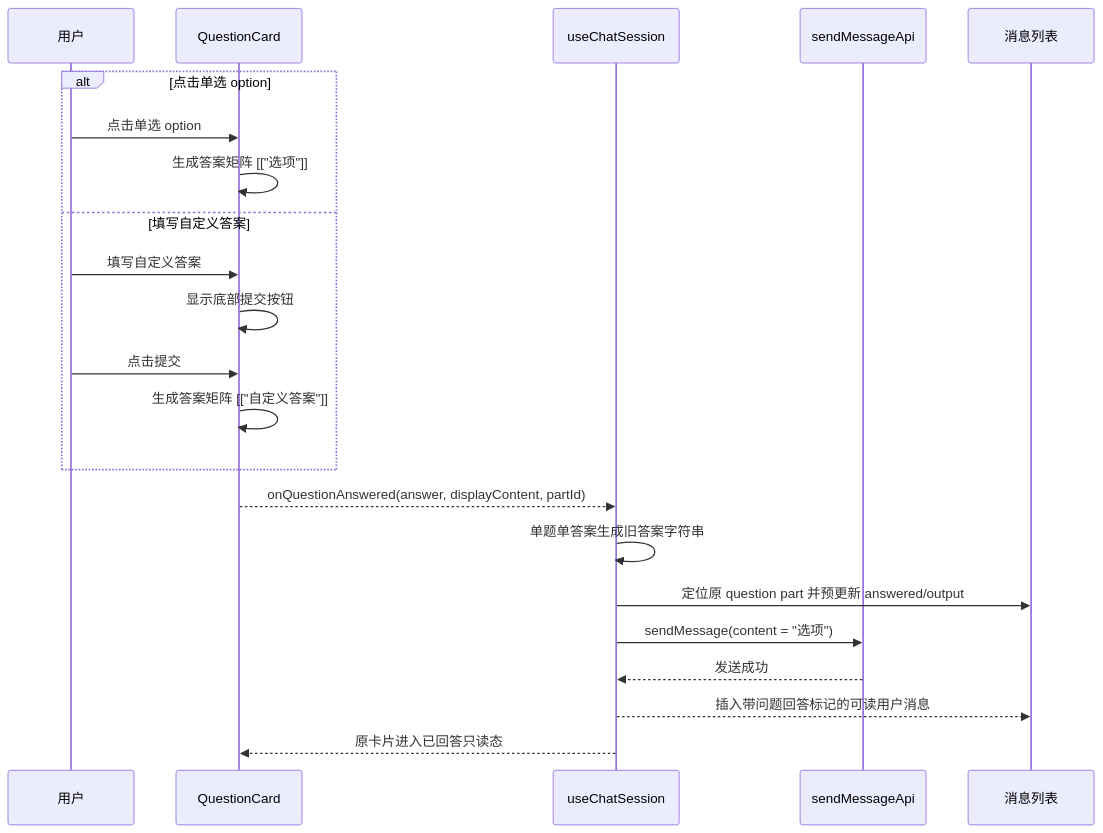
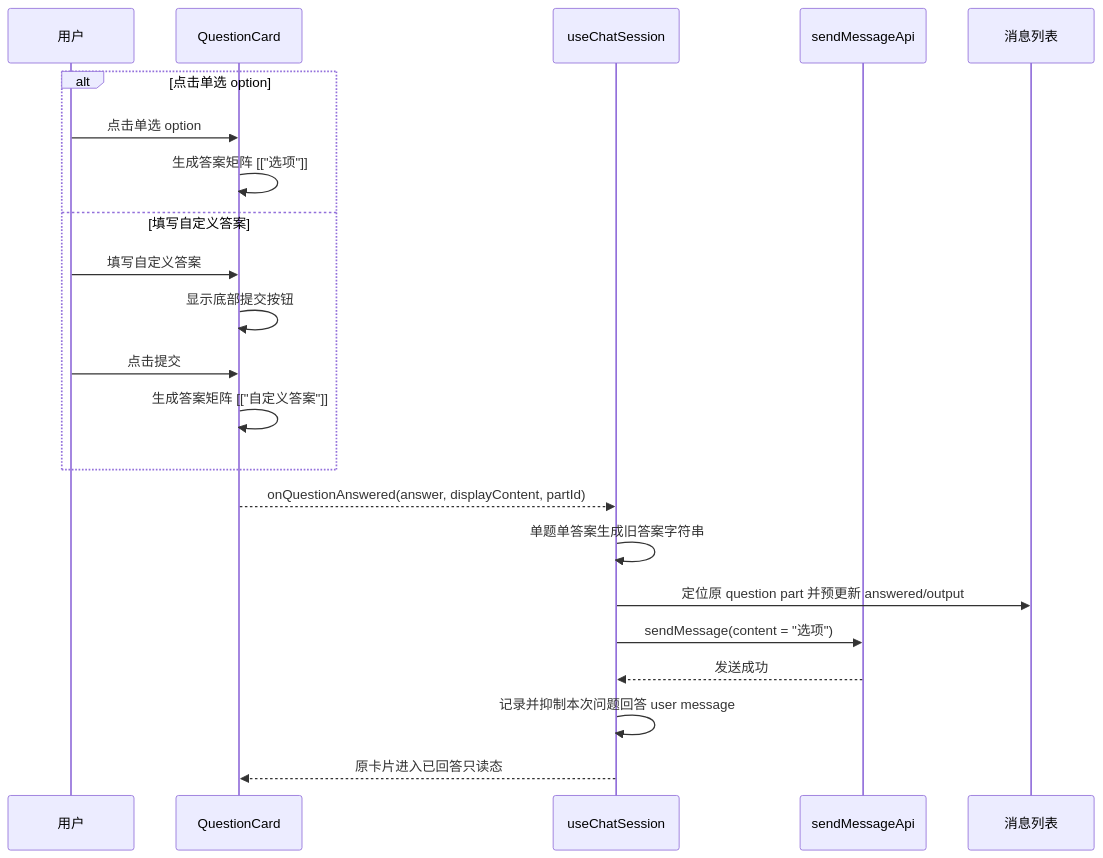
One commit to Abelsjcheng/skillSDK changed the third of 4 diagrams in ai-chat-viewer/docs/2026-06-12-question-card-multi-question-answer-design.md. Above: the diagram before and after it, drawn with Mermaid. The commit also changed other lines of this file and 3 other files, not shown here.

````diff
--- a/ai-chat-viewer/docs/2026-06-12-question-card-multi-question-answer-design.md
+++ b/ai-chat-viewer/docs/2026-06-12-question-card-multi-question-answer-design.md
@@ -101,25 +101,25 @@
 ```mermaid
 sequenceDiagram
     participant User as 用户
     participant Card as QuestionCard
     participant Chat as useChatSession
     participant API as sendMessageApi
     participant List as 消息列表
 
     alt 点击单选 option
         User->>Card: 点击单选 option
         Card->>Card: 生成答案矩阵 [["选项"]]
     else 填写自定义答案
         User->>Card: 填写自定义答案
         Card->>Card: 显示底部提交按钮
         User->>Card: 点击提交
         Card->>Card: 生成答案矩阵 [["自定义答案"]]
     end
     Card-->>Chat: onQuestionAnswered(answer, displayContent, partId)
     Chat->>Chat: 单题单答案生成旧答案字符串
     Chat->>List: 定位原 question part 并预更新 answered/output
     Chat->>API: sendMessage(content = "选项")
     API-->>Chat: 发送成功
-    Chat-->>List: 插入带问题回答标记的可读用户消息
+    Chat->>Chat: 记录并抑制本次问题回答 user message
     Chat-->>Card: 原卡片进入已回答只读态
 ```
````
